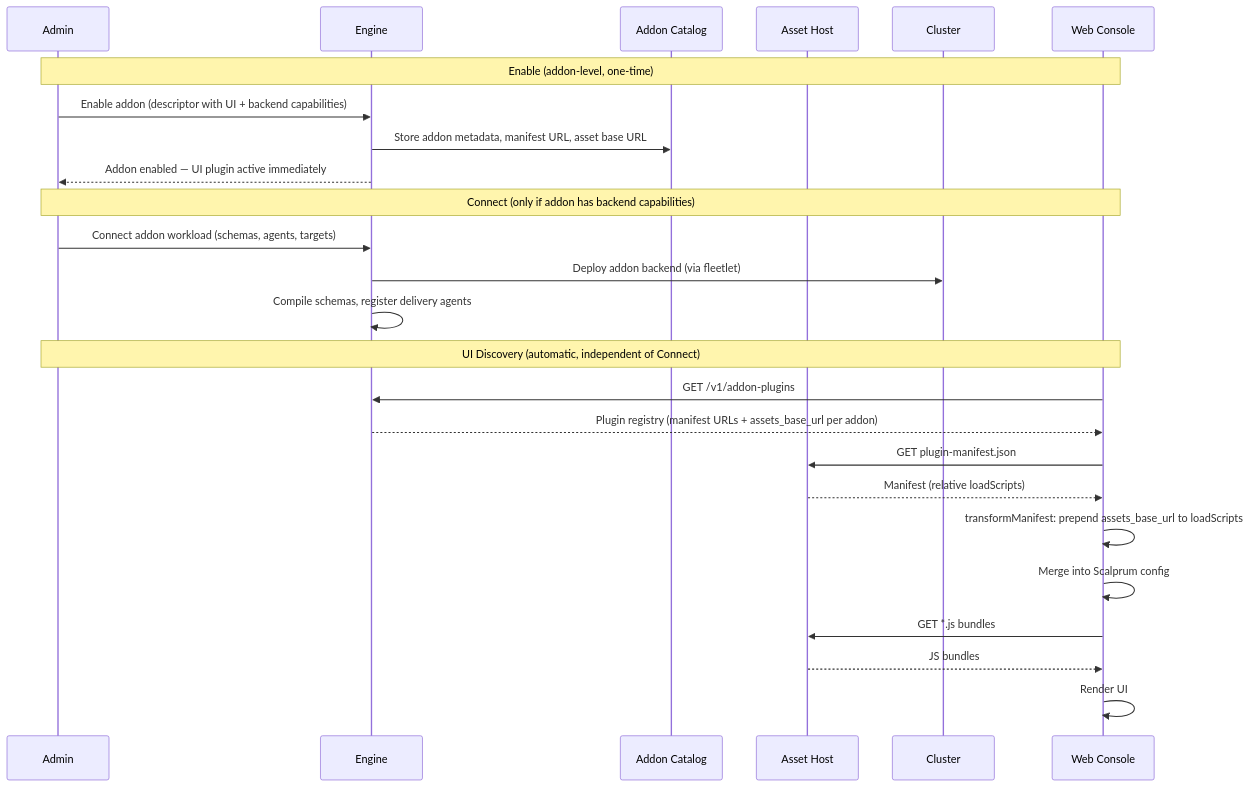
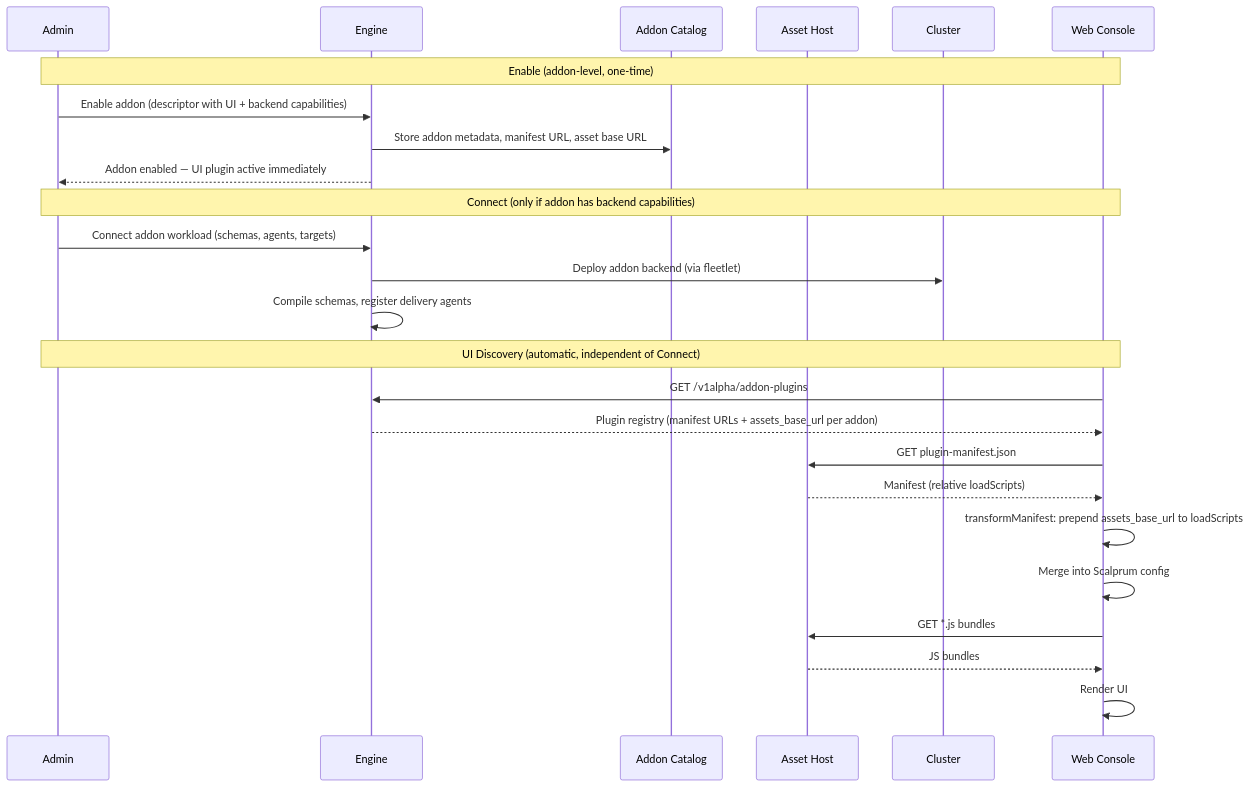
One commit to fleetshift/fleetshift-poc changed the third of 11 diagrams in docs/design/addon-ui-architecture.md. Above: the diagram before and after it, drawn with Mermaid. The commit also changed other lines of this file and 1079 other files, not shown here.

````diff
--- a/docs/design/addon-ui-architecture.md
+++ b/docs/design/addon-ui-architecture.md
@@ -232,30 +232,30 @@
 ```mermaid
 sequenceDiagram
     participant Admin
     participant Engine
     participant Catalog as Addon Catalog
     participant AssetHost as Asset Host
     participant Cluster
     participant Shell as Web Console
 
     Note over Admin,Shell: Enable (addon-level, one-time)
     Admin->>Engine: Enable addon (descriptor with UI + backend capabilities)
     Engine->>Catalog: Store addon metadata, manifest URL, asset base URL
     Engine-->>Admin: Addon enabled — UI plugin active immediately
 
     Note over Admin,Shell: Connect (only if addon has backend capabilities)
     Admin->>Engine: Connect addon workload (schemas, agents, targets)
     Engine->>Cluster: Deploy addon backend (via fleetlet)
     Engine->>Engine: Compile schemas, register delivery agents
 
     Note over Admin,Shell: UI Discovery (automatic, independent of Connect)
-    Shell->>Engine: GET /v1/addon-plugins
+    Shell->>Engine: GET /v1alpha/addon-plugins
     Engine-->>Shell: Plugin registry (manifest URLs + assets_base_url per addon)
     Shell->>AssetHost: GET plugin-manifest.json
     AssetHost-->>Shell: Manifest (relative loadScripts)
     Shell->>Shell: transformManifest: prepend assets_base_url to loadScripts
     Shell->>Shell: Merge into Scalprum config
     Shell->>AssetHost: GET *.js bundles
     AssetHost-->>Shell: JS bundles
     Shell->>Shell: Render UI
 ```
````
